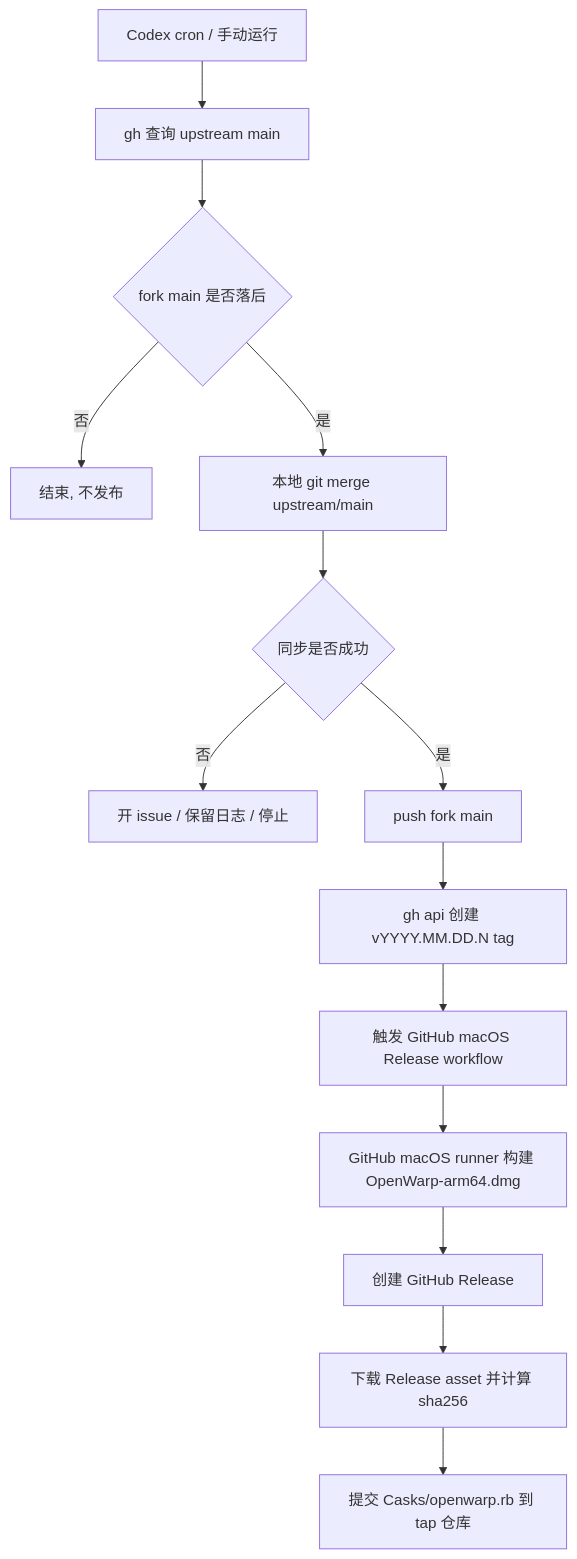
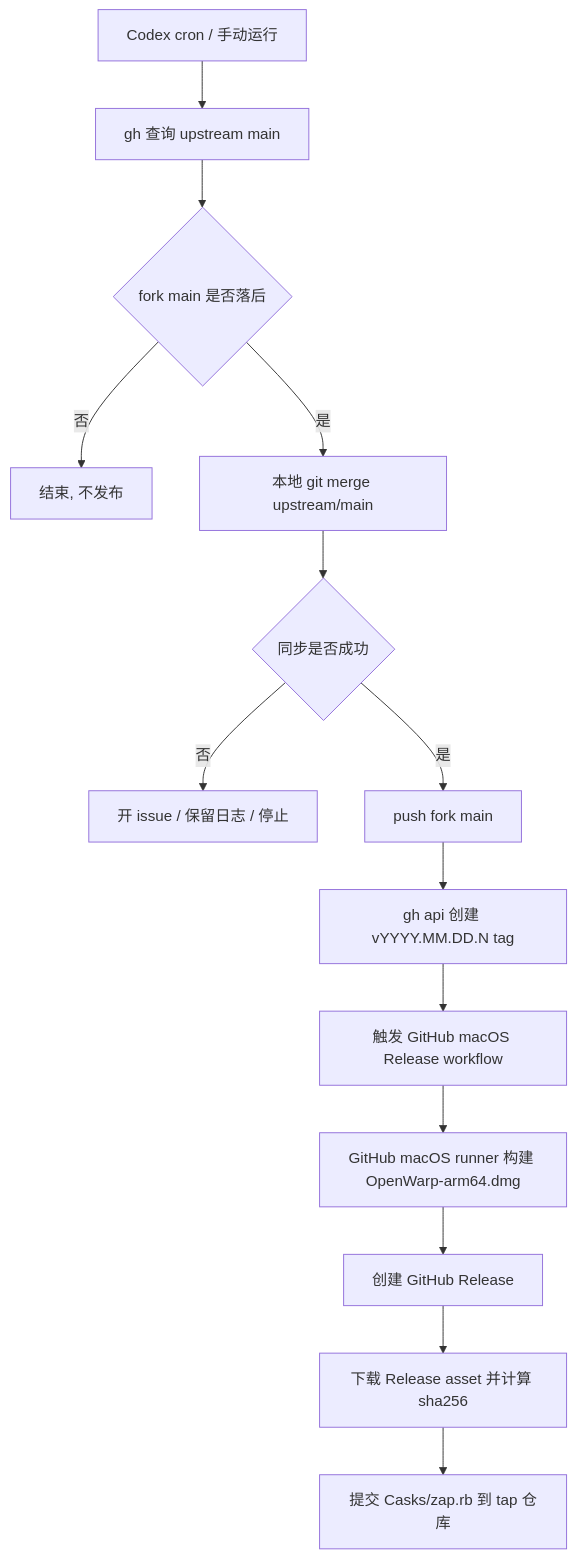
The diagram in specs/openwarp-auto-brew-release/TECH.md (LeoYoung-code/warp), drawn with Mermaid before and after one commit. The commit also changed other lines of this file and 3 other files, not shown here.

````diff
--- a/specs/openwarp-auto-brew-release/TECH.md
+++ b/specs/openwarp-auto-brew-release/TECH.md
@@ -69,16 +69,16 @@
 ```mermaid
 flowchart TD
   A["Codex cron / 手动运行"] --> B["gh 查询 upstream main"]
   B --> C{"fork main 是否落后"}
   C -- "否" --> D["结束, 不发布"]
   C -- "是" --> E["本地 git merge upstream/main"]
   E --> F{"同步是否成功"}
   F -- "否" --> G["开 issue / 保留日志 / 停止"]
   F -- "是" --> H["push fork main"]
   H --> I["gh api 创建 vYYYY.MM.DD.N tag"]
   I --> J["触发 GitHub macOS Release workflow"]
   J --> K["GitHub macOS runner 构建 OpenWarp-arm64.dmg"]
   K --> L["创建 GitHub Release"]
   L --> M["下载 Release asset 并计算 sha256"]
-  M --> N["提交 Casks/openwarp.rb 到 tap 仓库"]
+  M --> N["提交 Casks/zap.rb 到 tap 仓库"]
 ```
````
